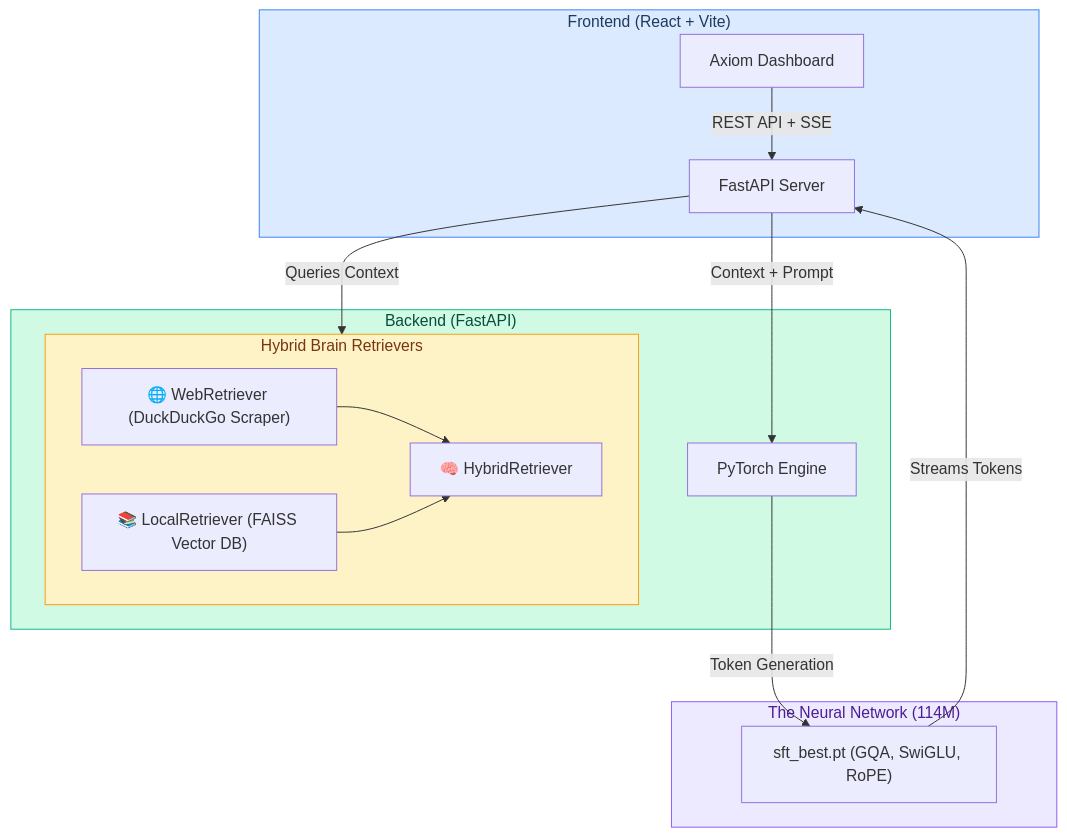
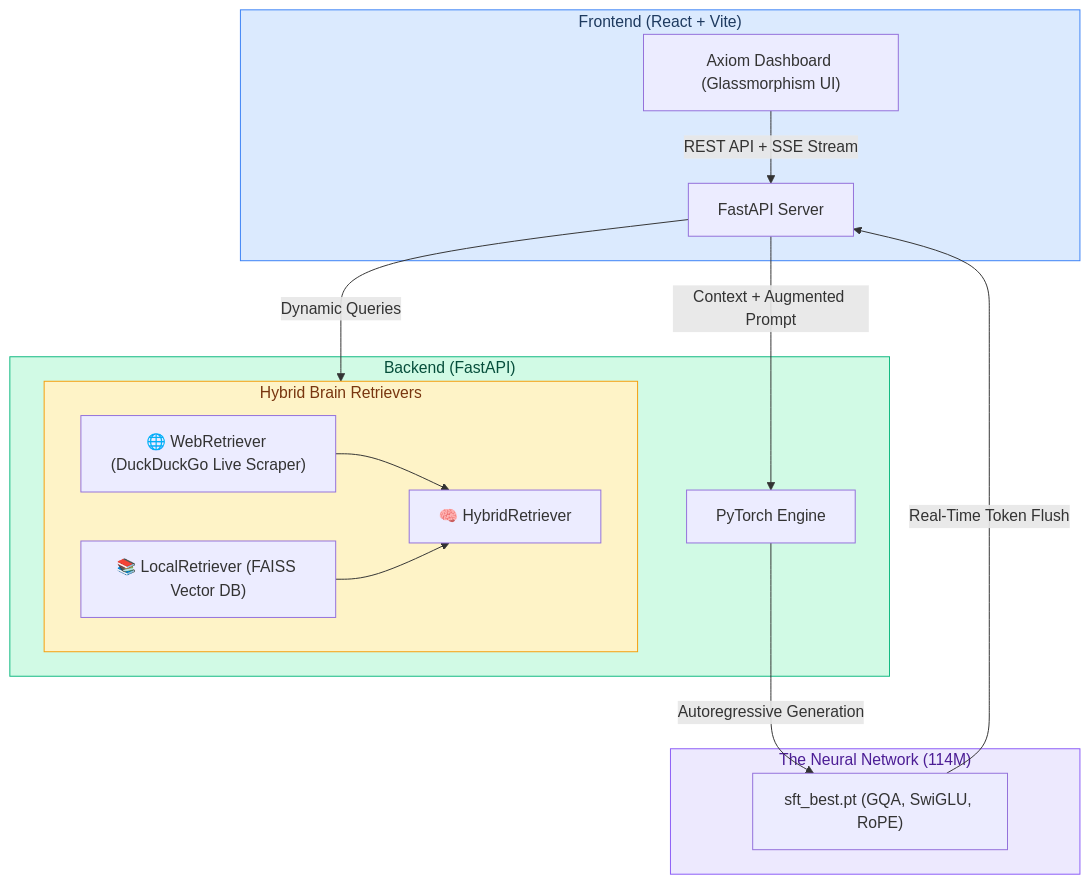
The diagram in README.md (Harshkumar2306/LLM2), drawn with Mermaid before and after one commit. The commit also changed other lines of this file, not shown here.

Commit message:
Overhaul README.md with badges, TOC, and deeper architectural explanations

````diff
--- a/README.md
+++ b/README.md
@@ -21,30 +51,30 @@
 ```mermaid
 graph TB
     subgraph Frontend["Frontend (React + Vite)"]
-        UI["Axiom Dashboard"]
-        UI --> |"REST API + SSE"| API
+        UI["Axiom Dashboard (Glassmorphism UI)"]
+        UI --> |"REST API + SSE Stream"| API
     end
 
     subgraph Backend["Backend (FastAPI)"]
         API["FastAPI Server"]
         
         subgraph RAG["Hybrid Brain Retrievers"]
-            R1["🌐 WebRetriever (DuckDuckGo Scraper)"]
+            R1["🌐 WebRetriever (DuckDuckGo Live Scraper)"]
             R2["📚 LocalRetriever (FAISS Vector DB)"]
             R1 & R2 --> R3["🧠 HybridRetriever"]
         end
         
-        API --> |"Queries Context"| RAG
-        API --> |"Context + Prompt"| MODEL["PyTorch Engine"]
+        API --> |"Dynamic Queries"| RAG
+        API --> |"Context + Augmented Prompt"| MODEL["PyTorch Engine"]
     end
 
     subgraph Model["The Neural Network (114M)"]
-        MODEL --> |"Token Generation"| LLM["sft_best.pt (GQA, SwiGLU, RoPE)"]
-        LLM --> |"Streams Tokens"| API
+        MODEL --> |"Autoregressive Generation"| LLM["sft_best.pt (GQA, SwiGLU, RoPE)"]
+        LLM --> |"Real-Time Token Flush"| API
     end
 
     style Frontend fill:#dbeafe,stroke:#3b82f6,color:#1e3a5f
     style Backend fill:#d1fae5,stroke:#10b981,color:#064e3b
     style Model fill:#ede9fe,stroke:#8b5cf6,color:#4c1d95
     style RAG fill:#fef3c7,stroke:#f59e0b,color:#78350f
 ```
````
